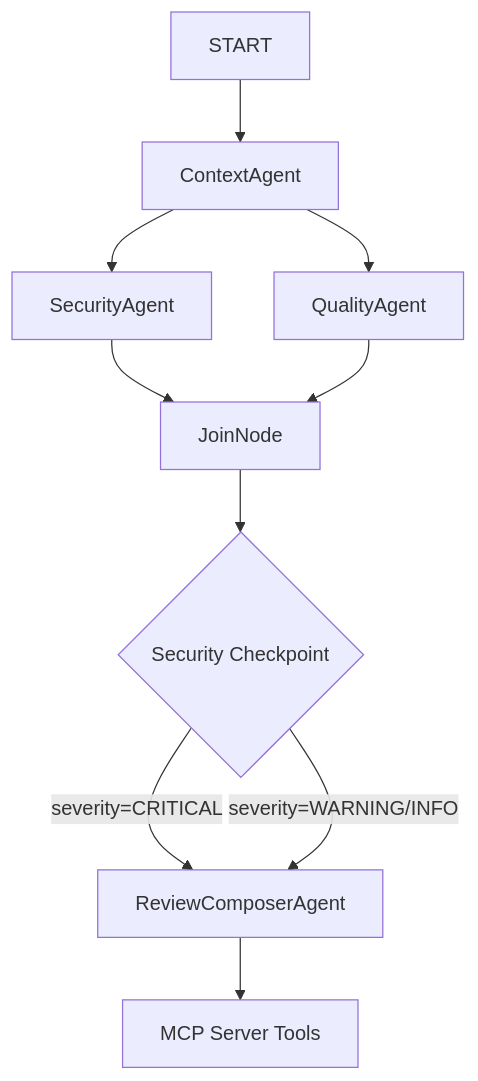
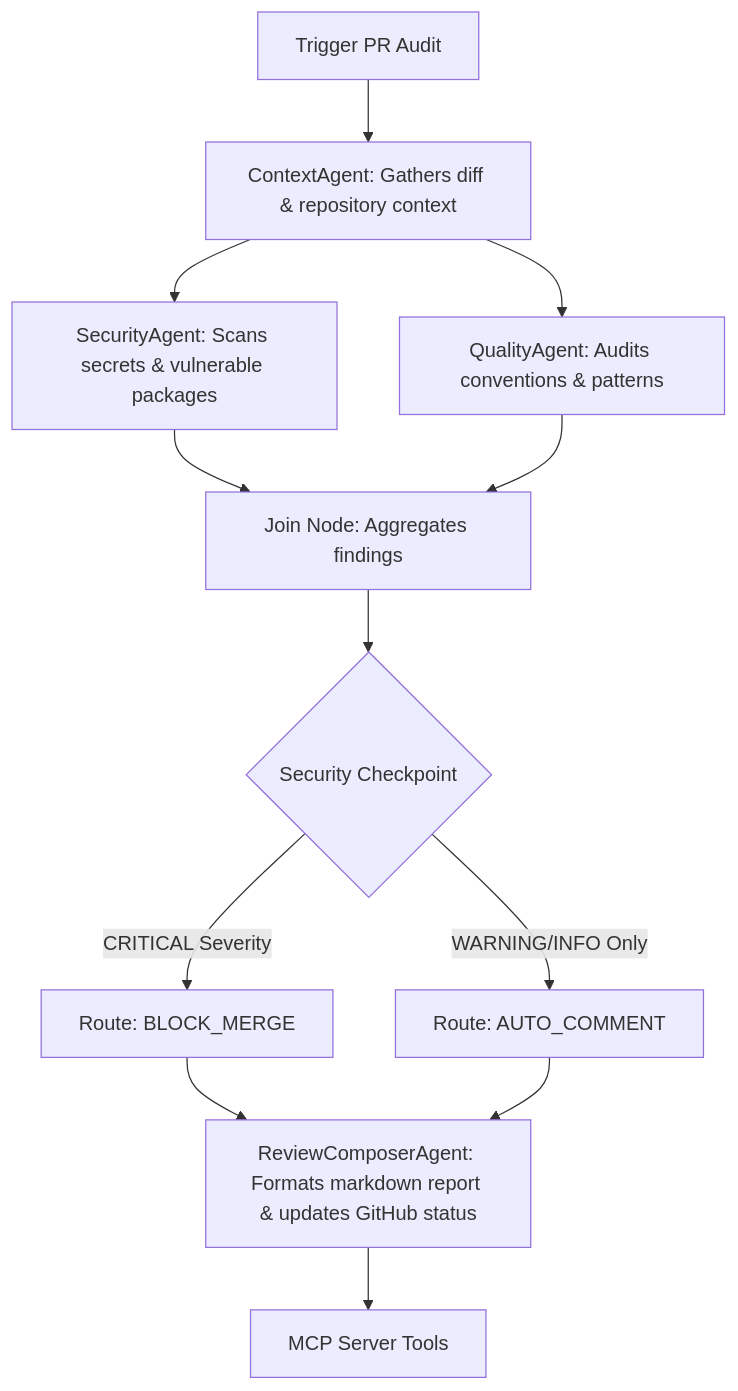
Before and after one commit to ashrafulhaque/pr-gatekeeper: the diagram in SUBMISSION_WRITEUP.md, drawn with Mermaid. The commit also changed other lines of this file, not shown here.

````diff
--- a/SUBMISSION_WRITEUP.md
+++ b/SUBMISSION_WRITEUP.md
@@ -9,12 +30,14 @@
 ```mermaid
 graph TD
-    START[START] --> ContextAgent
-    ContextAgent --> SecurityAgent
-    ContextAgent --> QualityAgent
-    SecurityAgent --> join_audits[JoinNode]
-    QualityAgent --> join_audits
-    join_audits --> security_checkpoint{Security Checkpoint}
-    security_checkpoint -->|severity=CRITICAL| composer_phase[ReviewComposerAgent]
-    security_checkpoint -->|severity=WARNING/INFO| composer_phase
-    composer_phase --> MCP[MCP Server Tools]
+    START[Trigger PR Audit] --> ContextAgent[ContextAgent: Gathers diff & repository context]
+    ContextAgent --> SecurityAgent[SecurityAgent: Scans secrets & vulnerable packages]
+    ContextAgent --> QualityAgent[QualityAgent: Audits conventions & patterns]
+    SecurityAgent --> JoinNode[Join Node: Aggregates findings]
+    QualityAgent --> JoinNode
+    JoinNode --> Checkpoint{Security Checkpoint}
+    Checkpoint -->|CRITICAL Severity| BlockMerge[Route: BLOCK_MERGE]
+    Checkpoint -->|WARNING/INFO Only| AutoComment[Route: AUTO_COMMENT]
+    BlockMerge --> Composer[ReviewComposerAgent: Formats markdown report & updates GitHub status]
+    AutoComment --> Composer
+    Composer --> MCP[MCP Server Tools]
 ```
````
